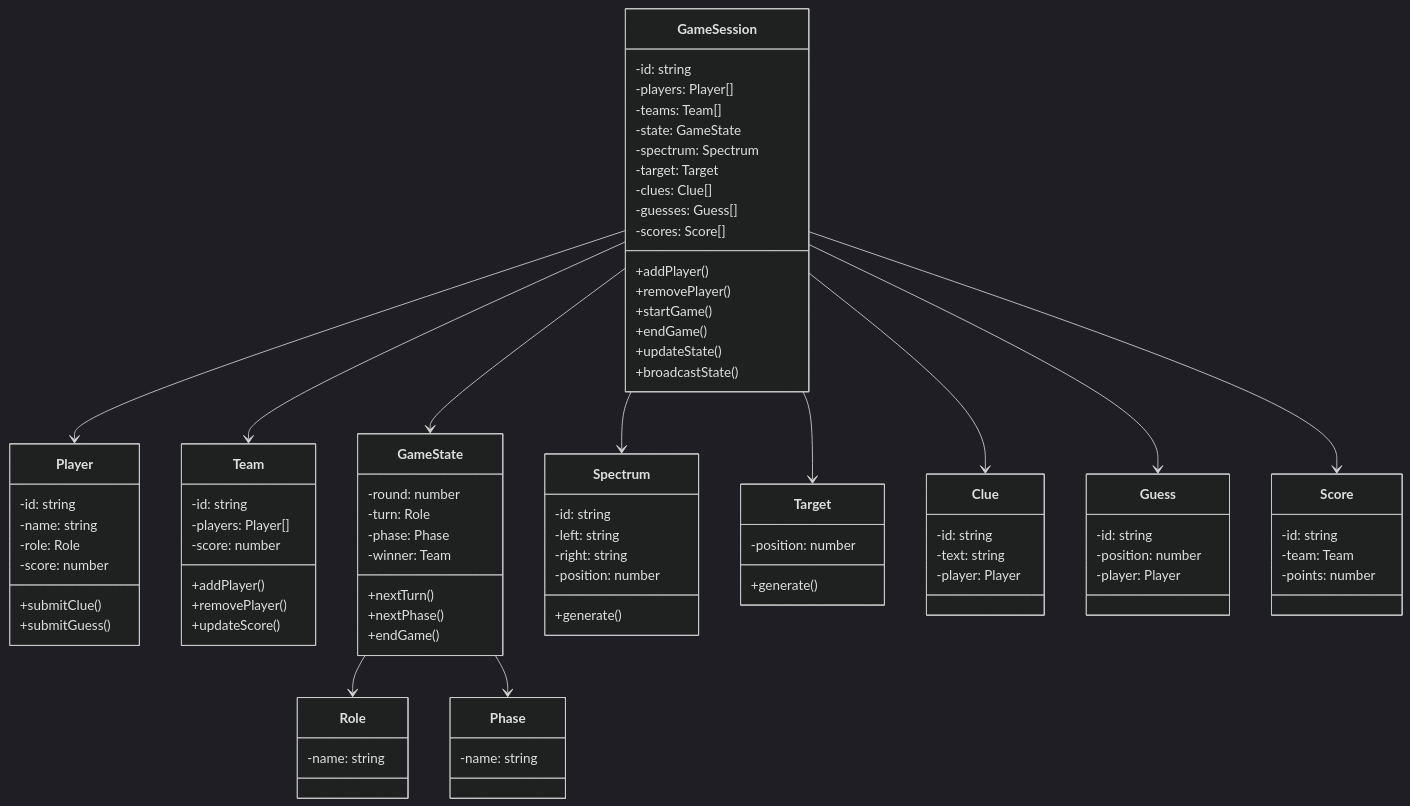
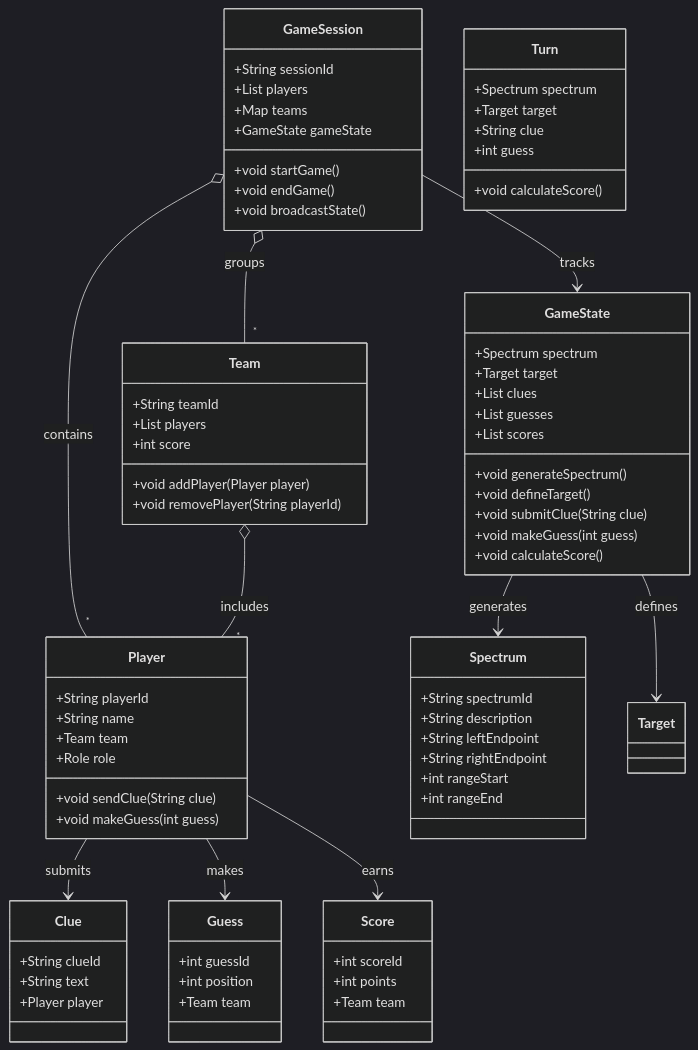
The sixth of 6 diagrams in docs/readme.template.md (2nPlusOne/phaselock), drawn with Mermaid (dark theme) before and after one commit. The commit also changed other lines of this file and 62 other files, not shown here.

````diff
--- a/docs/readme.template.md
+++ b/docs/readme.template.md
@@ -170,87 +170,78 @@
 ```mermaid
 classDiagram
     class GameSession {
-        -id: string
-        -players: Player[]
-        -teams: Team[]
-        -state: GameState
-        -spectrum: Spectrum
-        -target: Target
-        -clues: Clue[]
-        -guesses: Guess[]
-        -scores: Score[]
-        +addPlayer()
-        +removePlayer()
-        +startGame()
-        +endGame()
-        +updateState()
-        +broadcastState()
+        +String sessionId
+        +List players
+        +Map teams
+        +GameState gameState
+        +void startGame()
+        +void endGame()
+        +void broadcastState()
     }
     class Player {
-        -id: string
-        -name: string
-        -role: Role
-        -score: number
-        +submitClue()
-        +submitGuess()
+        +String playerId
+        +String name
+        +Team team
+        +Role role
+        +void sendClue(String clue)
+        +void makeGuess(int guess)
     }
     class Team {
-        -id: string
-        -players: Player[]
-        -score: number
-        +addPlayer()
-        +removePlayer()
-        +updateScore()
+        +String teamId
+        +List players
+        +int score
+        +void addPlayer(Player player)
+        +void removePlayer(String playerId)
     }
     class GameState {
-        -round: number
-        -turn: Role
-        -phase: Phase
-        -winner: Team
-        +nextTurn()
-        +nextPhase()
-        +endGame()
+        +Spectrum spectrum
+        +Target target
+        +List clues
+        +List guesses
+        +List scores
+        +void generateSpectrum()
+        +void defineTarget()
+        +void submitClue(String clue)
+        +void makeGuess(int guess)
+        +void calculateScore()
+    }
+    class Turn {
+        +Spectrum spectrum
+        +Target target
+        +String clue
+        +int guess
+        +void calculateScore()
     }
     class Spectrum {
-        -id: string
-        -left: string
-        -right: string
-        -position: number
-        +generate()
-    }
-    class Target {
-        -position: number
-        +generate()
+        +String spectrumId
+        +String description
+        +String leftEndpoint
+        +String rightEndpoint
+        +int rangeStart
+        +int rangeEnd
     }
     class Clue {
-        -id: string
-        -text: string
-        -player: Player
+        +String clueId
+        +String text
+        +Player player
     }
     class Guess {
-        -id: string
-        -position: number
-        -player: Player
+        +int guessId
+        +int position
+        +Team team
     }
     class Score {
-        -id: string
-        -team: Team
-        -points: number
+        +int scoreId
+        +int points
+        +Team team
     }
-    class Role {
-        -name: string
-    }
-    class Phase {
-        -name: string
-    }
-    GameSession --> Player
-    GameSession --> Team
-    GameSession --> GameState
-    GameSession --> Spectrum
-    GameSession --> Target
-    GameSession --> Clue
-    GameSession --> Guess
-    GameSession --> Score
-    GameState --> Role
-    GameState --> Phase
+    GameSession o-- "*" Player : contains
+    GameSession o-- "*" Team : groups
+    Team o-- "*" Player : includes
+    GameSession --> GameState : tracks
+    GameState --> Spectrum : generates
+    GameState --> Target : defines
+    Player --> Clue : submits
+    Player --> Guess : makes
+    Player --> Score : earns
 ```
````
